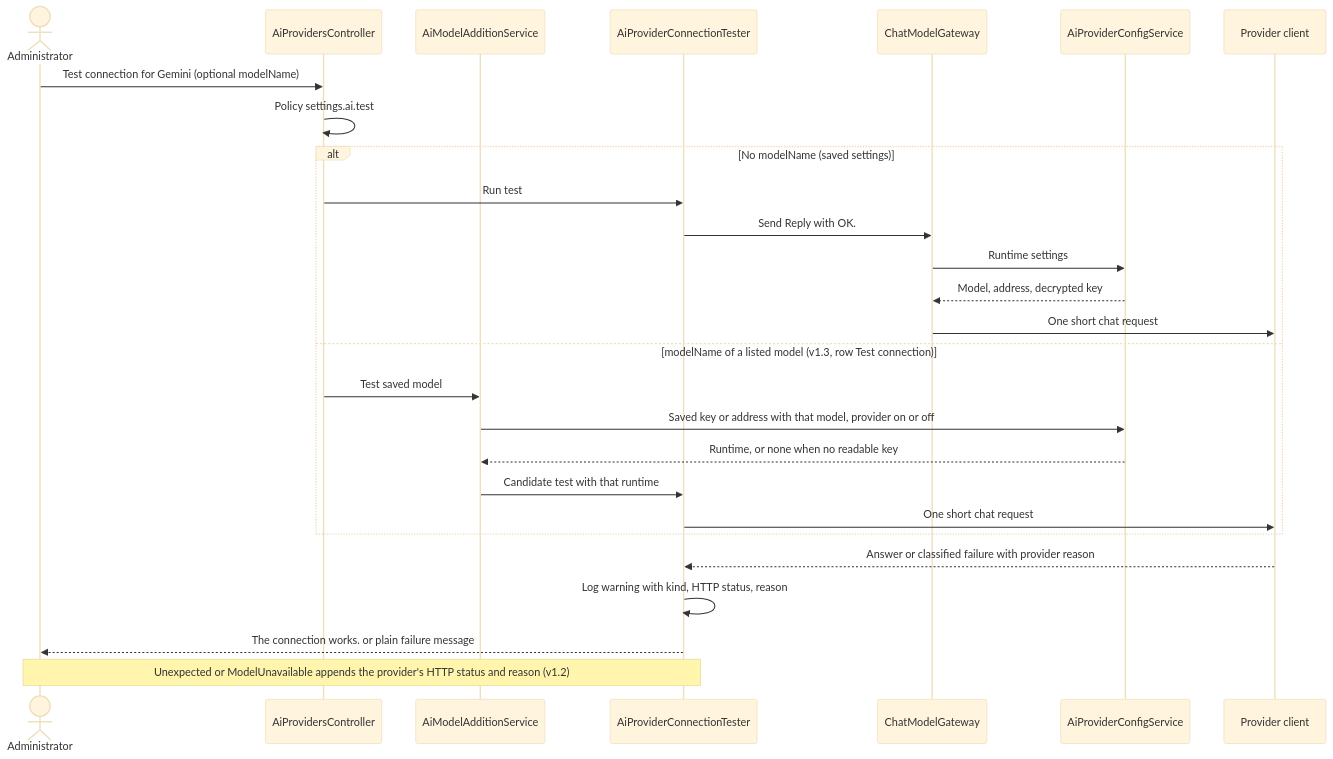
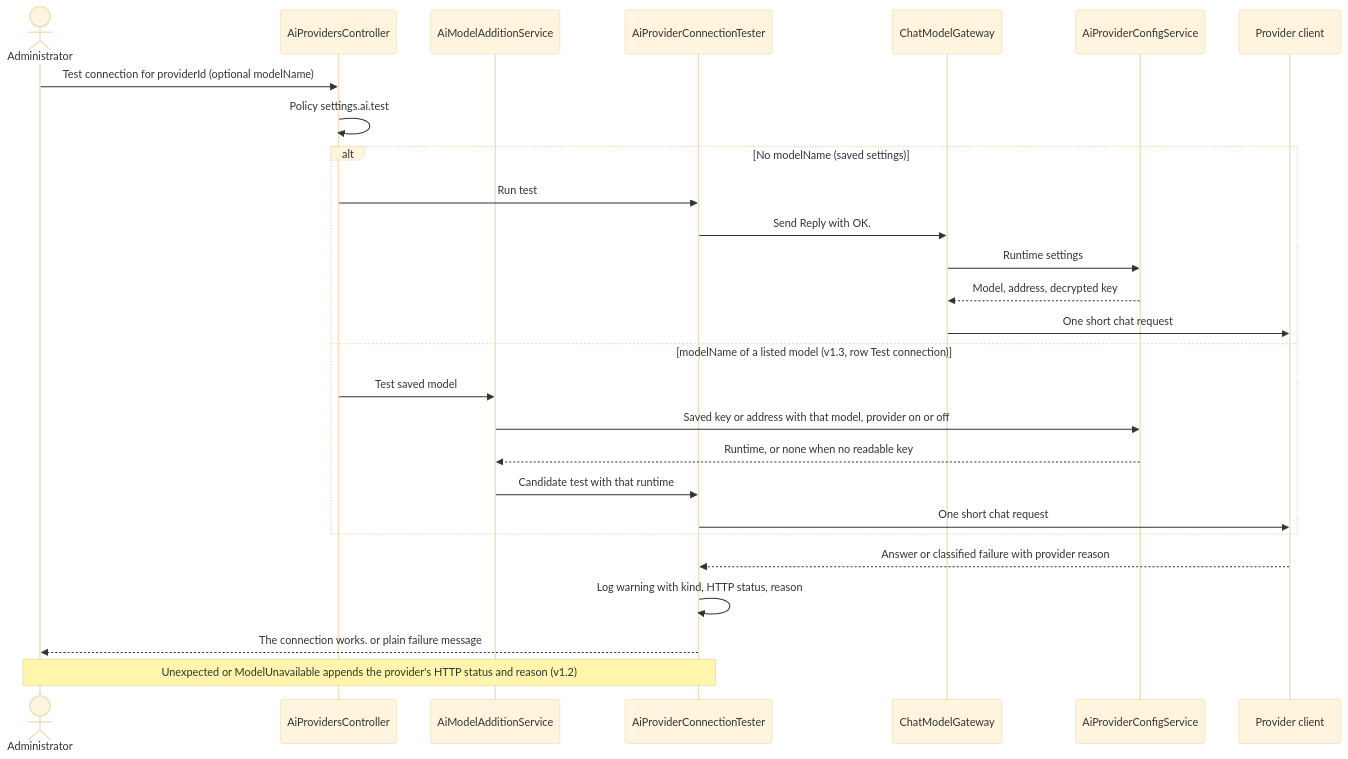
Before and after one commit to jojogeorge3344/TaskFlow-Project: the sixth of 9 diagrams in TF - Documents/TF - HLD/06-Settings/06.3-TFA-Settings/HLD-TFA-Settings.md, drawn with Mermaid (base theme). The commit also changed other lines of this file and 8 other files, not shown here.

````diff
--- a/TF - Documents/TF - HLD/06-Settings/06.3-TFA-Settings/HLD-TFA-Settings.md
+++ b/TF - Documents/TF - HLD/06-Settings/06.3-TFA-Settings/HLD-TFA-Settings.md
@@ -341,29 +375,29 @@
 ```mermaid
 sequenceDiagram
   actor A as Administrator
   participant API as AiProvidersController
   participant M as AiModelAdditionService
   participant T as AiProviderConnectionTester
   participant G as ChatModelGateway
   participant CFG as AiProviderConfigService
   participant P as Provider client
-  A->>API: Test connection for Gemini (optional modelName)
+  A->>API: Test connection for providerId (optional modelName)
   API->>API: Policy settings.ai.test
   alt No modelName (saved settings)
     API->>T: Run test
     T->>G: Send Reply with OK.
     G->>CFG: Runtime settings
     CFG-->>G: Model, address, decrypted key
     G->>P: One short chat request
   else modelName of a listed model (v1.3, row Test connection)
     API->>M: Test saved model
     M->>CFG: Saved key or address with that model, provider on or off
     CFG-->>M: Runtime, or none when no readable key
     M->>T: Candidate test with that runtime
     T->>P: One short chat request
   end
   P-->>T: Answer or classified failure with provider reason
   T->>T: Log warning with kind, HTTP status, reason
   T-->>A: The connection works. or plain failure message
   Note over T,A: Unexpected or ModelUnavailable appends the provider's HTTP status and reason (v1.2)
 ```
````
